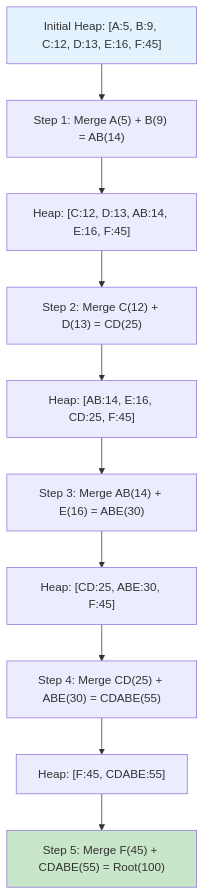
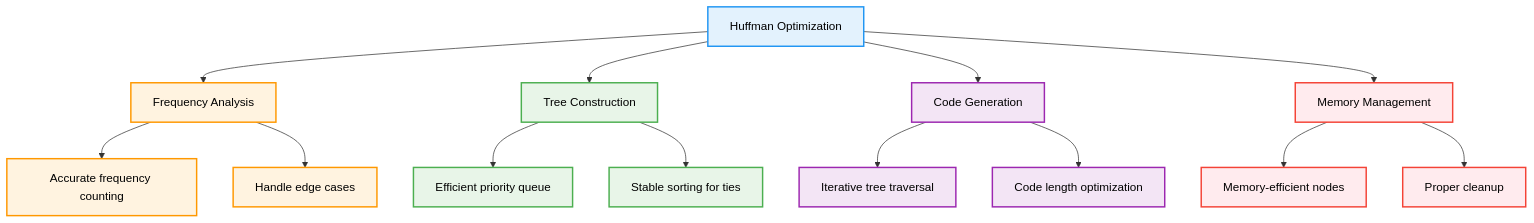
One commit to AbhishekGiri04/Algorithmics-Foundations changed the sixth of 6 diagrams in concepts/huffman.md. Above: the diagram before and after it, drawn with Mermaid. The commit also changed other lines of this file, not shown here.

Commit message:
Add comprehensive huffman.md with professional design and light colors

````diff
--- a/concepts/huffman.md
+++ b/concepts/huffman.md
@@ -166,15 +894,31 @@
 ```mermaid
 flowchart TD
-    A["Initial Heap: [A:5, B:9, C:12, D:13, E:16, F:45]"] --> B["Step 1: Merge A(5) + B(9) = AB(14)"]
-    B --> C["Heap: [C:12, D:13, AB:14, E:16, F:45]"]
-    C --> D["Step 2: Merge C(12) + D(13) = CD(25)"]
-    D --> E["Heap: [AB:14, E:16, CD:25, F:45]"]
-    E --> F["Step 3: Merge AB(14) + E(16) = ABE(30)"]
-    F --> G["Heap: [CD:25, ABE:30, F:45]"]
-    G --> H["Step 4: Merge CD(25) + ABE(30) = CDABE(55)"]
-    H --> I["Heap: [F:45, CDABE:55]"]
-    I --> J["Step 5: Merge F(45) + CDABE(55) = Root(100)"]
+    A["Huffman Optimization"] --> B["Frequency Analysis"]
+    A --> C["Tree Construction"]
+    A --> D["Code Generation"]
+    A --> E["Memory Management"]
     
-    style A fill:#e3f2fd
-    style J fill:#c8e6c9
+    B --> F["Accurate frequency counting"]
+    B --> G["Handle edge cases"]
+    
+    C --> H["Efficient priority queue"]
+    C --> I["Stable sorting for ties"]
+    
+    D --> J["Iterative tree traversal"]
+    D --> K["Code length optimization"]
+    
+    E --> L["Memory-efficient nodes"]
+    E --> M["Proper cleanup"]
+    
+    classDef default fill:#f9f9f9,stroke:#333,stroke-width:2px,color:#000
+    classDef optimization fill:#e3f2fd,stroke:#2196f3,stroke-width:2px,color:#000
+    classDef frequency fill:#fff3e0,stroke:#ff9800,stroke-width:2px,color:#000
+    classDef construction fill:#e8f5e8,stroke:#4caf50,stroke-width:2px,color:#000
+    classDef generation fill:#f3e5f5,stroke:#9c27b0,stroke-width:2px,color:#000
+    classDef memory fill:#ffebee,stroke:#f44336,stroke-width:2px,color:#000
+    class A optimization
+    class B,F,G frequency
+    class C,H,I construction
+    class D,J,K generation
+    class E,L,M memory
 ```
````
